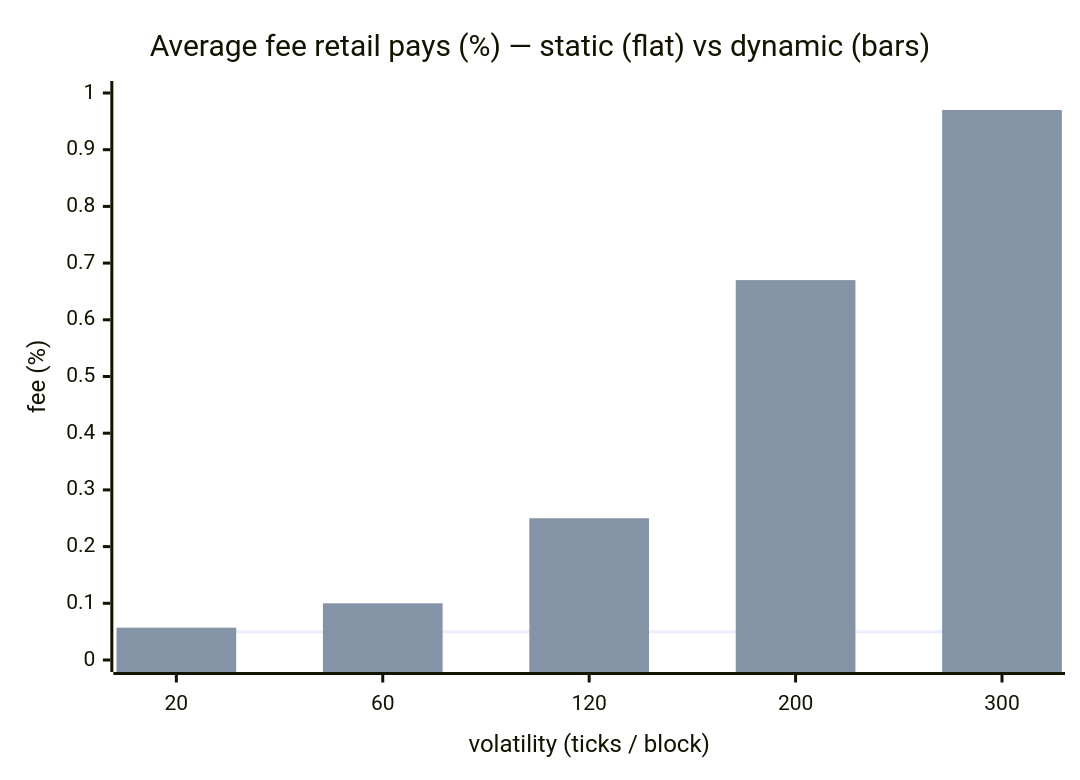
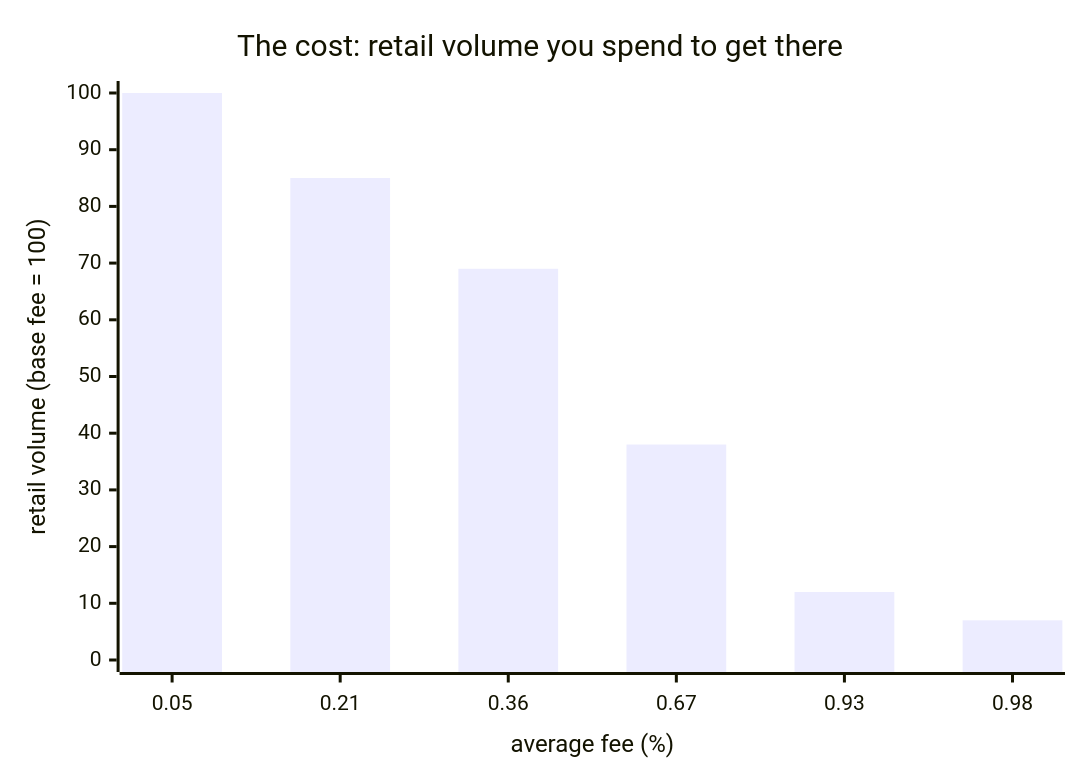
Before and after one commit to danogurtsov/LVR-minimizing-dynamic-fee-hook: the second of 2 diagrams in README.md, drawn with Mermaid. The commit also changed other lines of this file and 3 other files, not shown here.

Commit message:
simulation: fee-elastic retail and the fee tradeoff

````diff
--- a/README.md
+++ b/README.md
@@ -103,8 +109,7 @@
 ```mermaid
 xychart-beta
-    title "Average fee retail pays (%) — static (flat) vs dynamic (bars)"
-    x-axis "volatility (ticks / block)" [20, 60, 120, 200, 300]
-    y-axis "fee (%)" 0 --> 1
-    line [0.05, 0.05, 0.05, 0.05, 0.05]
-    bar [0.057, 0.10, 0.25, 0.67, 0.97]
+    title "The cost: retail volume you spend to get there"
+    x-axis "average fee (%)" [0.05, 0.21, 0.36, 0.67, 0.93, 0.98]
+    y-axis "retail volume (base fee = 100)" 0 --> 100
+    bar [100, 85, 69, 38, 12, 7]
 ```
````
